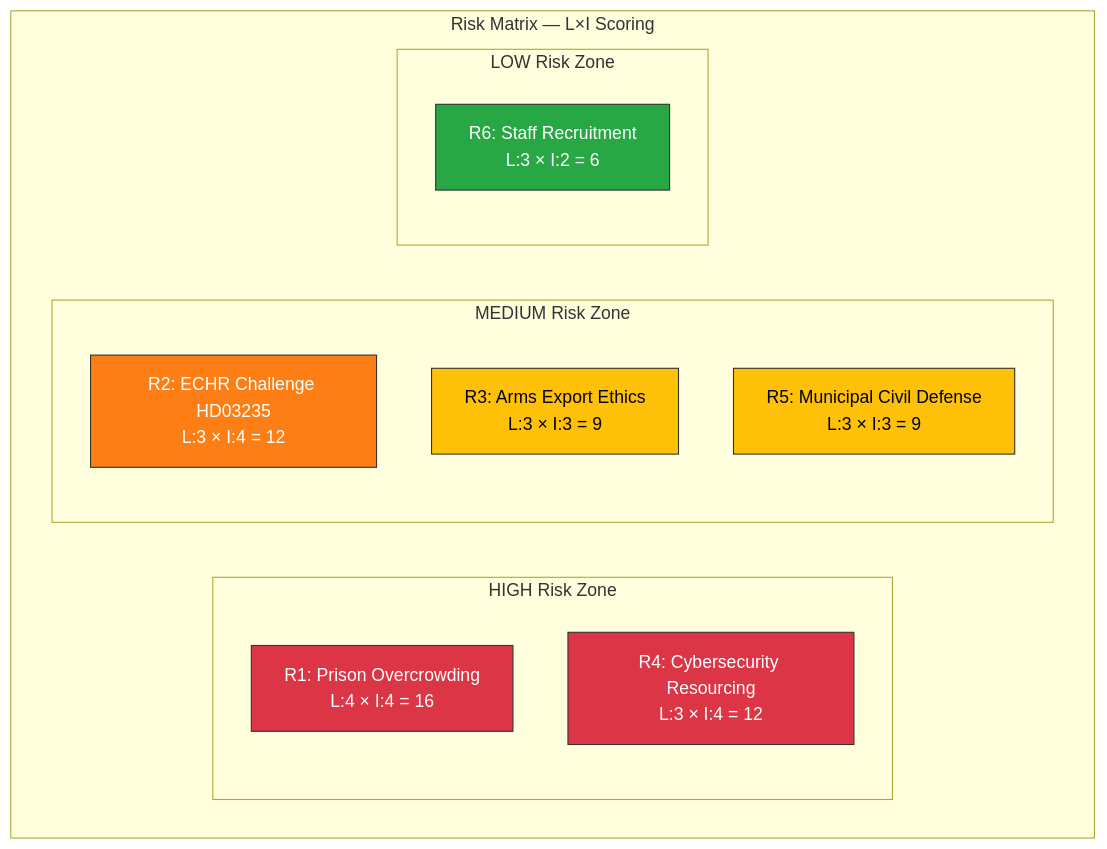
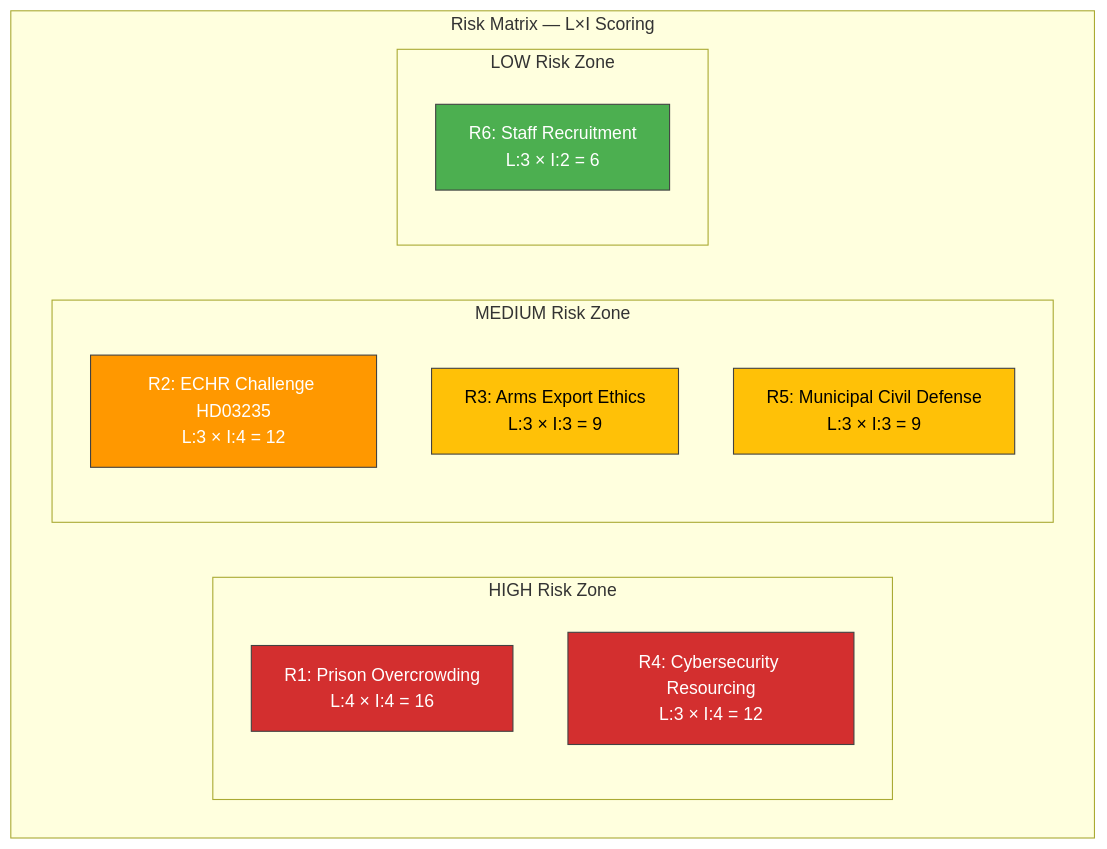
The diagram in analysis/daily/2026-04-04/realtime-1212/risk-assessment.md (Hack23/riksdagsmonitor), drawn with Mermaid before and after one commit. The commit also changed 785 other files, not shown here.

First line of the commit message:
Normalize mermaid colors across 786 analysis artifacts to ISMS Style Guide palette

````diff
--- a/analysis/daily/2026-04-04/realtime-1212/risk-assessment.md
+++ b/analysis/daily/2026-04-04/realtime-1212/risk-assessment.md
@@ -17,23 +17,23 @@
 ```mermaid
 graph TD
     subgraph "Risk Matrix — L×I Scoring"
         subgraph "HIGH Risk Zone"
             R1["R1: Prison Overcrowding<br/>L:4 × I:4 = 16"]
             R4["R4: Cybersecurity Resourcing<br/>L:3 × I:4 = 12"]
         end
         subgraph "MEDIUM Risk Zone"
             R2["R2: ECHR Challenge HD03235<br/>L:3 × I:4 = 12"]
             R3["R3: Arms Export Ethics<br/>L:3 × I:3 = 9"]
             R5["R5: Municipal Civil Defense<br/>L:3 × I:3 = 9"]
         end
         subgraph "LOW Risk Zone"
             R6["R6: Staff Recruitment<br/>L:3 × I:2 = 6"]
         end
     end
-    style R1 fill:#dc3545,stroke:#333,color:#fff
-    style R4 fill:#dc3545,stroke:#333,color:#fff
-    style R2 fill:#fd7e14,stroke:#333,color:#fff
-    style R3 fill:#ffc107,stroke:#333,color:#000
-    style R5 fill:#ffc107,stroke:#333,color:#000
-    style R6 fill:#28a745,stroke:#333,color:#fff
+    style R1 fill:#D32F2F,stroke:#424242,color:#FFFFFF
+    style R4 fill:#D32F2F,stroke:#424242,color:#FFFFFF
+    style R2 fill:#FF9800,stroke:#424242,color:#FFFFFF
+    style R3 fill:#FFC107,stroke:#424242,color:#000000
+    style R5 fill:#FFC107,stroke:#424242,color:#000000
+    style R6 fill:#4CAF50,stroke:#424242,color:#FFFFFF
 ```
````
